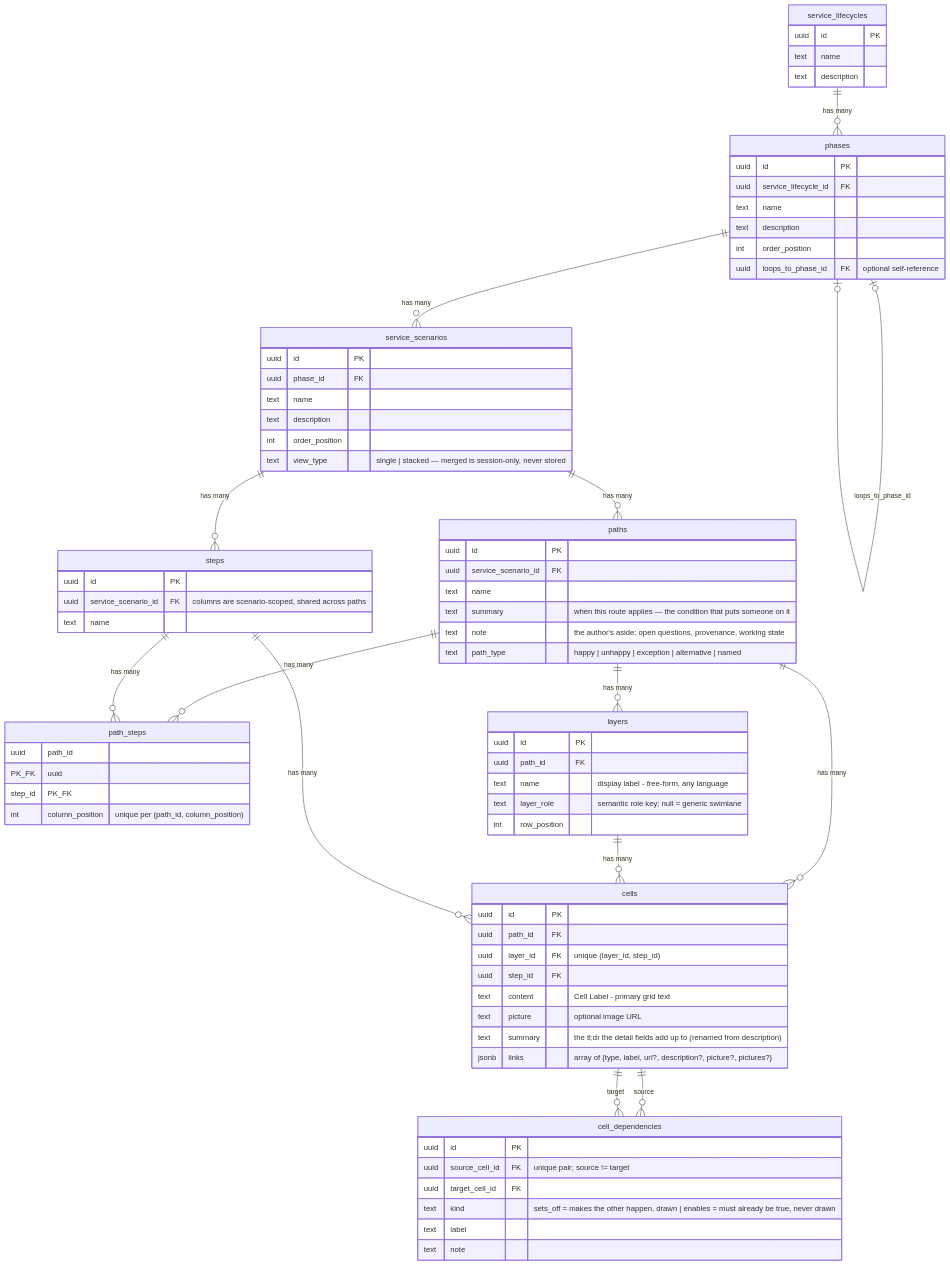
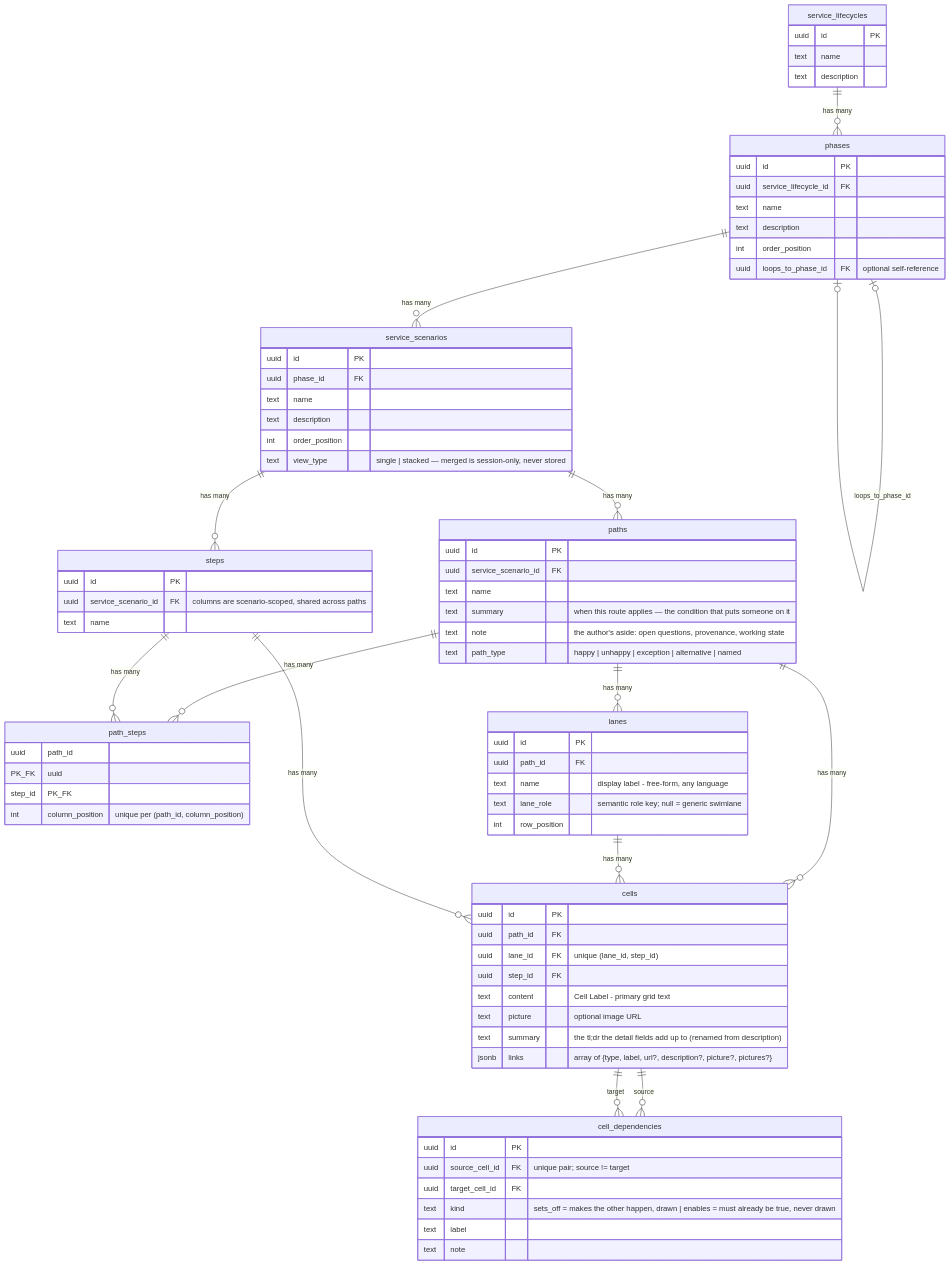
Before and after one commit to BilLogic/plus-uno-blueprint: the diagram in src/lib/agent/skill/references/data-model.md, drawn with Mermaid. The commit also changed other lines of this file and 175 other files, not shown here.

````diff
--- a/src/lib/agent/skill/references/data-model.md
+++ b/src/lib/agent/skill/references/data-model.md
@@ -33,26 +33,26 @@
 ```mermaid
 erDiagram
   service_lifecycles ||--o{ phases : "has many"
   phases ||--o{ service_scenarios : "has many"
   phases |o--o| phases : "loops_to_phase_id"
   service_scenarios ||--o{ paths : "has many"
   service_scenarios ||--o{ steps : "has many"
   paths ||--o{ path_steps : "has many"
   steps ||--o{ path_steps : "has many"
-  paths ||--o{ layers : "has many"
+  paths ||--o{ lanes : "has many"
   paths ||--o{ cells : "has many"
-  layers ||--o{ cells : "has many"
+  lanes ||--o{ cells : "has many"
   steps ||--o{ cells : "has many"
   cells ||--o{ cell_dependencies : "source"
   cells ||--o{ cell_dependencies : "target"
 
   service_lifecycles { uuid id PK  text name  text description }
   phases { uuid id PK  uuid service_lifecycle_id FK  text name  text description  int order_position  uuid loops_to_phase_id FK "optional self-reference" }
   service_scenarios { uuid id PK  uuid phase_id FK  text name  text description  int order_position  text view_type "single | stacked — merged is session-only, never stored" }
   paths { uuid id PK  uuid service_scenario_id FK  text name  text summary "when this route applies — the condition that puts someone on it"  text note "the author's aside: open questions, provenance, working state"  text path_type "happy | unhappy | exception | alternative | named" }
   steps { uuid id PK  uuid service_scenario_id FK "columns are scenario-scoped, shared across paths"  text name }
   path_steps { uuid path_id PK_FK  uuid step_id PK_FK  int column_position "unique per (path_id, column_position)" }
-  layers { uuid id PK  uuid path_id FK  text name "display label - free-form, any language"  text layer_role "semantic role key; null = generic swimlane"  int row_position }
-  cells { uuid id PK  uuid path_id FK  uuid layer_id FK "unique (layer_id, step_id)"  uuid step_id FK  text content "Cell Label - primary grid text"  text picture "optional image URL"  text summary "the tl;dr the detail fields add up to (renamed from description)"  jsonb links "array of {type, label, url?, description?, picture?, pictures?}" }
+  lanes { uuid id PK  uuid path_id FK  text name "display label - free-form, any language"  text lane_role "semantic role key; null = generic swimlane"  int row_position }
+  cells { uuid id PK  uuid path_id FK  uuid lane_id FK "unique (lane_id, step_id)"  uuid step_id FK  text content "Cell Label - primary grid text"  text picture "optional image URL"  text summary "the tl;dr the detail fields add up to (renamed from description)"  jsonb links "array of {type, label, url?, description?, picture?, pictures?}" }
   cell_dependencies { uuid id PK  uuid source_cell_id FK "unique pair; source != target"  uuid target_cell_id FK  text kind "sets_off = makes the other happen, drawn | enables = must already be true, never drawn"  text label  text note }
 ```
````
